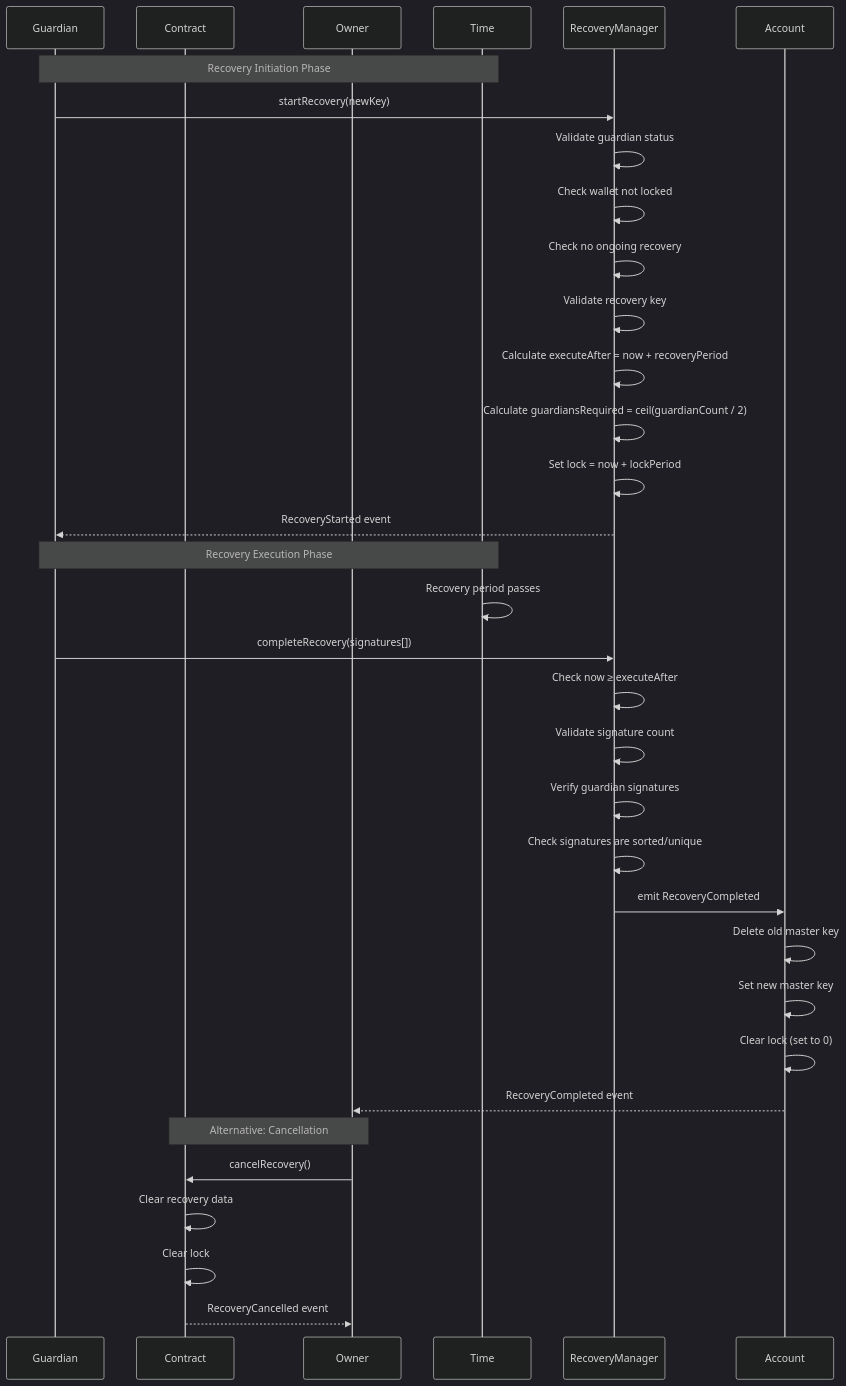
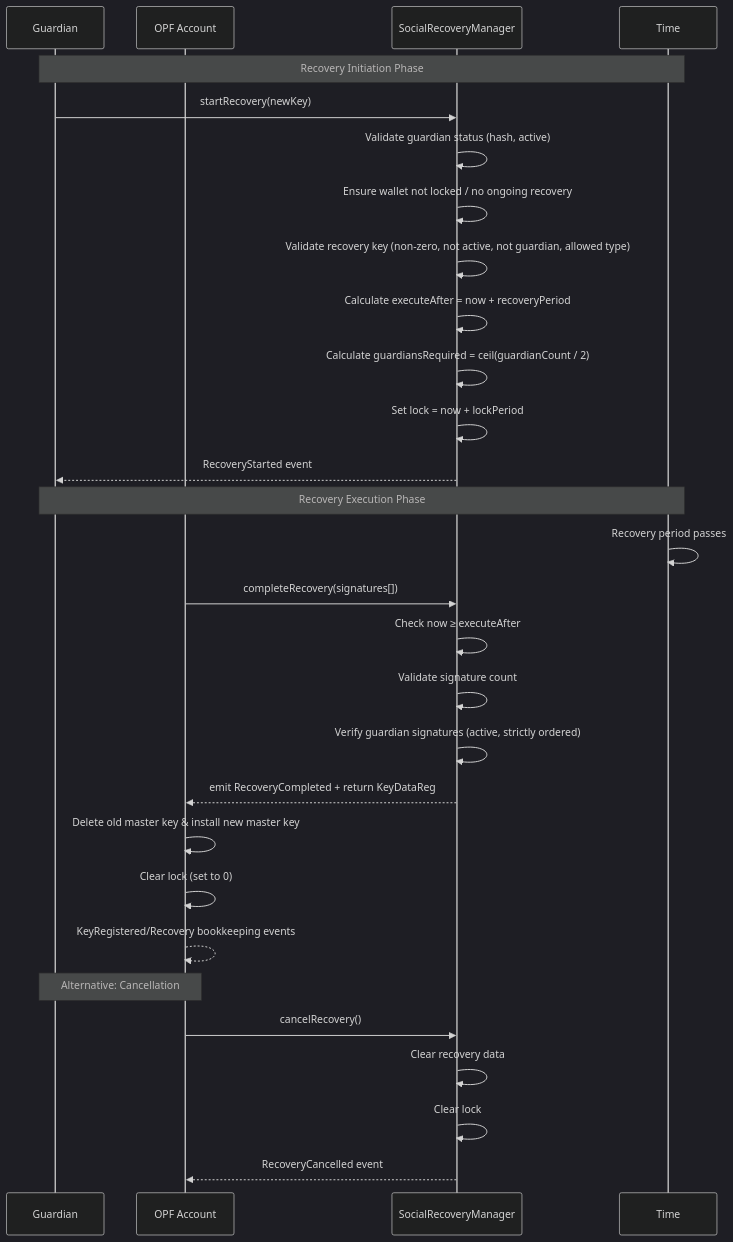
The fifth of 7 diagrams in docs/Recovery.md (openfort-xyz/openfort-7702-account), drawn with Mermaid (dark theme) before and after one commit. The commit also changed other lines of this file, not shown here.

Commit message:
(docs) fix docs/Recovery.md

````diff
--- a/docs/Recovery.md
+++ b/docs/Recovery.md
@@ -231,38 +242,35 @@
 ```mermaid
 sequenceDiagram
     participant Guardian
-    participant Contract
-    participant Owner
+    participant Account as OPF Account
+    participant Manager as SocialRecoveryManager
     participant Time
 
     Note over Guardian,Time: Recovery Initiation Phase
-    Guardian->>RecoveryManager: startRecovery(newKey)
-    RecoveryManager->>RecoveryManager: Validate guardian status
-    RecoveryManager->>RecoveryManager: Check wallet not locked
-    RecoveryManager->>RecoveryManager: Check no ongoing recovery
-    RecoveryManager->>RecoveryManager: Validate recovery key
-    RecoveryManager->>RecoveryManager: Calculate executeAfter = now + recoveryPeriod
-    RecoveryManager->>RecoveryManager: Calculate guardiansRequired = ceil(guardianCount / 2)
-    RecoveryManager->>RecoveryManager: Set lock = now + lockPeriod
-    RecoveryManager-->>Guardian: RecoveryStarted event
-    
+    Guardian->>Manager: startRecovery(newKey)
+    Manager->>Manager: Validate guardian status (hash, active)
+    Manager->>Manager: Ensure wallet not locked / no ongoing recovery
+    Manager->>Manager: Validate recovery key (non-zero, not active, not guardian, allowed type)
+    Manager->>Manager: Calculate executeAfter = now + recoveryPeriod
+    Manager->>Manager: Calculate guardiansRequired = ceil(guardianCount / 2)
+    Manager->>Manager: Set lock = now + lockPeriod
+    Manager-->>Guardian: RecoveryStarted event
+
     Note over Guardian,Time: Recovery Execution Phase
     Time->>Time: Recovery period passes
-    
-    Guardian->>RecoveryManager: completeRecovery(signatures[])
-    RecoveryManager->>RecoveryManager: Check now ≥ executeAfter
-    RecoveryManager->>RecoveryManager: Validate signature count
-    RecoveryManager->>RecoveryManager: Verify guardian signatures
-    RecoveryManager->>RecoveryManager: Check signatures are sorted/unique
-    RecoveryManager->>Account: emit RecoveryCompleted
-    Account->>Account: Delete old master key
-    Account->>Account: Set new master key
+
+    Account->>Manager: completeRecovery(signatures[])
+    Manager->>Manager: Check now ≥ executeAfter
+    Manager->>Manager: Validate signature count
+    Manager->>Manager: Verify guardian signatures (active, strictly ordered)
+    Manager-->>Account: emit RecoveryCompleted + return KeyDataReg
+    Account->>Account: Delete old master key & install new master key
     Account->>Account: Clear lock (set to 0)
-    Account-->>Owner: RecoveryCompleted event
-    
-    Note over Owner,Contract: Alternative: Cancellation
-    Owner->>Contract: cancelRecovery()
-    Contract->>Contract: Clear recovery data
-    Contract->>Contract: Clear lock
-    Contract-->>Owner: RecoveryCancelled event
+    Account-->>Account: KeyRegistered/Recovery bookkeeping events
+
+    Note over Account,Guardian: Alternative: Cancellation
+    Account->>Manager: cancelRecovery()
+    Manager->>Manager: Clear recovery data
+    Manager->>Manager: Clear lock
+    Manager-->>Account: RecoveryCancelled event
 ```
````
